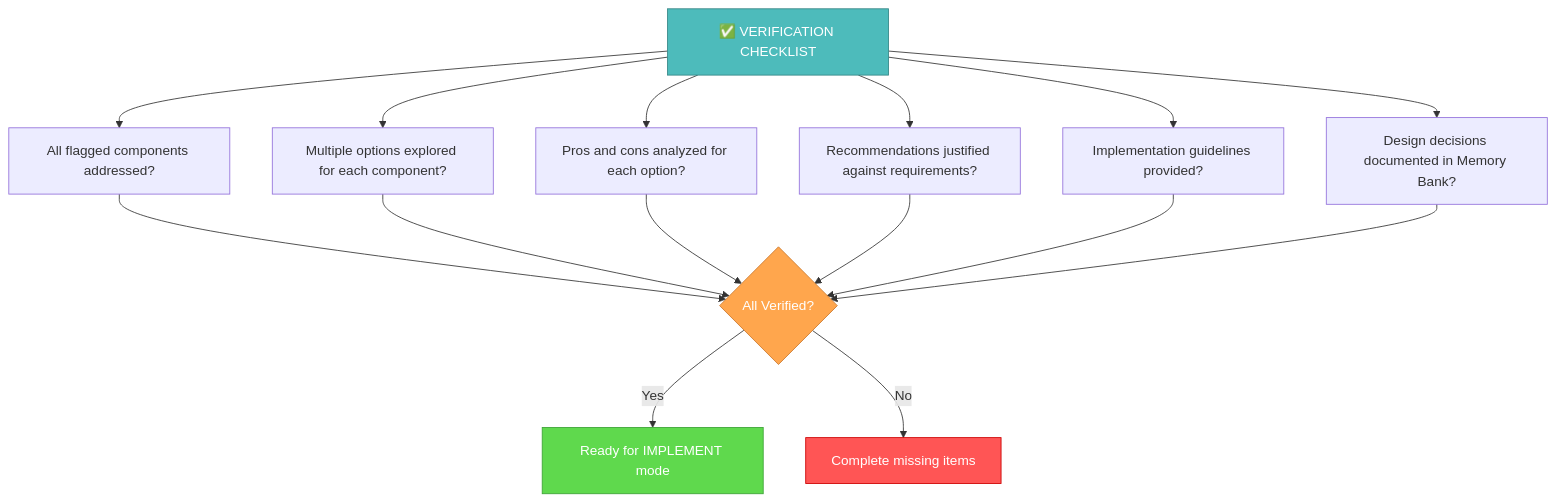
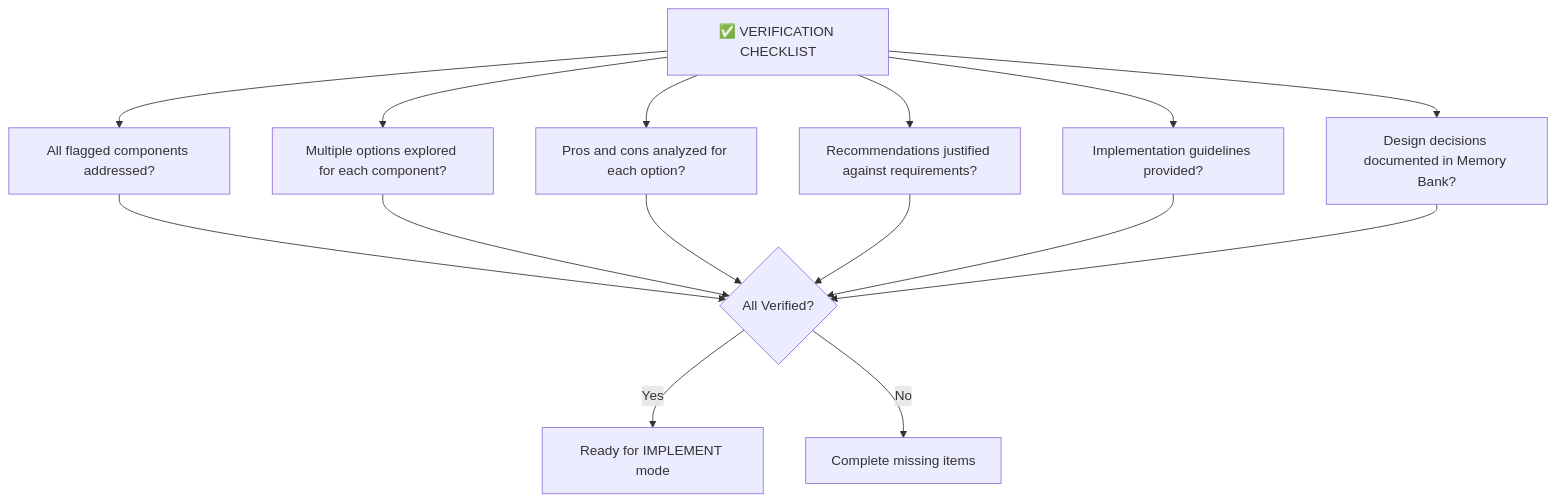
One commit to yws-coder123/trae-memory-bank changed the sixth of 6 diagrams in custom_modes/creative_instructions.md. Above: the diagram before and after it, drawn with Mermaid. The commit also changed other lines of this file and 2 other files, not shown here.

````diff
--- a/custom_modes/creative_instructions.md
+++ b/custom_modes/creative_instructions.md
@@ -258,18 +204,13 @@
 ```mermaid
 graph TD
     V["✅ VERIFICATION CHECKLIST"] --> C["All flagged components addressed?"]
     V --> O["Multiple options explored for each component?"]
     V --> A["Pros and cons analyzed for each option?"]
     V --> R["Recommendations justified against requirements?"]
     V --> I["Implementation guidelines provided?"]
     V --> D["Design decisions documented in Memory Bank?"]
     
     C & O & A & R & I & D --> Decision{"All Verified?"}
     Decision -->|"Yes"| Complete["Ready for IMPLEMENT mode"]
     Decision -->|"No"| Fix["Complete missing items"]
-    
-    style V fill:#4dbbbb,stroke:#368787,color:white
-    style Decision fill:#ffa64d,stroke:#cc7a30,color:white
-    style Complete fill:#5fd94d,stroke:#3da336,color:white
-    style Fix fill:#ff5555,stroke:#cc0000,color:white
 ```
````
